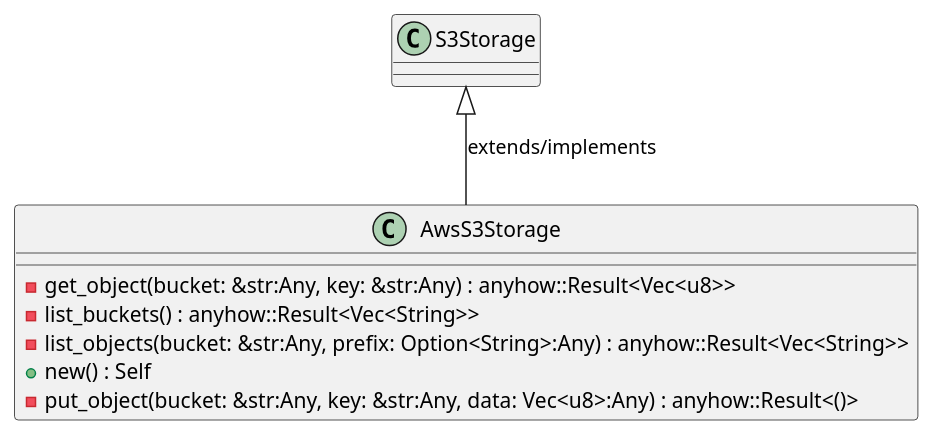
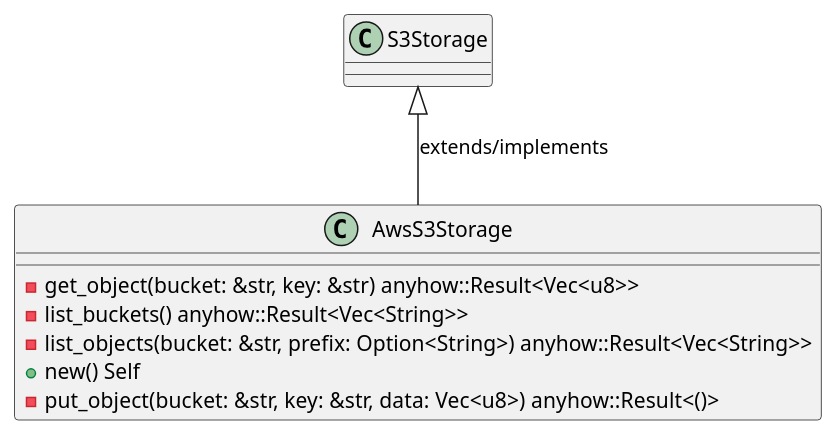
Before and after one commit to lgcorzo/rust_CACD_autonomous_factory: the first of 6 diagrams in openwiki/crates_factory_infrastructure_src_s3.md, drawn with PlantUML. The commit also changed other lines of this file and 97 other files, not shown here.

First line of the commit message:
Fix Rust AST parsing for method and function parameters, and update OKF UML frontmatter

````diff
--- a/openwiki/crates_factory_infrastructure_src_s3.md
+++ b/openwiki/crates_factory_infrastructure_src_s3.md
@@ -74,13 +79,13 @@
 ```plantuml
 @startuml
 class AwsS3Storage {
-    -get_object(bucket: &str:Any, key: &str:Any) : anyhow::Result<Vec<u8>>
-    -list_buckets() : anyhow::Result<Vec<String>>
-    -list_objects(bucket: &str:Any, prefix: Option<String>:Any) : anyhow::Result<Vec<String>>
-    +new() : Self
-    -put_object(bucket: &str:Any, key: &str:Any, data: Vec<u8>:Any) : anyhow::Result<()>
+    -get_object(bucket: &str, key: &str) anyhow::Result<Vec<u8>>
+    -list_buckets() anyhow::Result<Vec<String>>
+    -list_objects(bucket: &str, prefix: Option<String>) anyhow::Result<Vec<String>>
+    +new() Self
+    -put_object(bucket: &str, key: &str, data: Vec<u8>) anyhow::Result<()>
 }
 S3Storage <|-- AwsS3Storage : extends/implements
 @enduml
 
 ```
````
